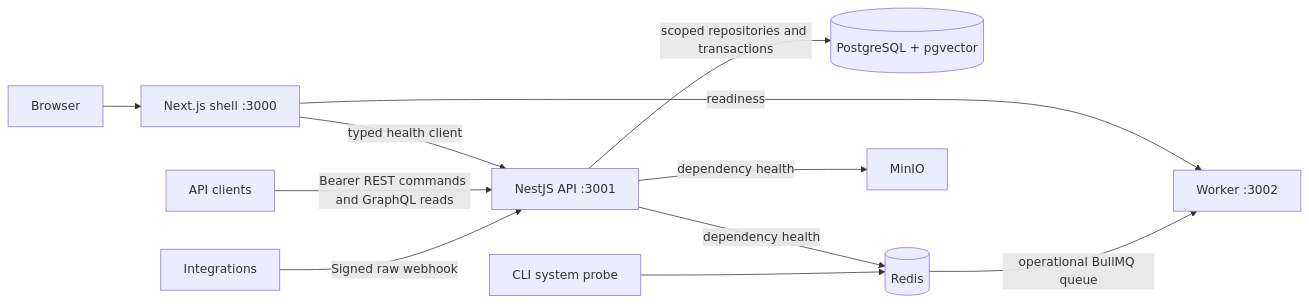
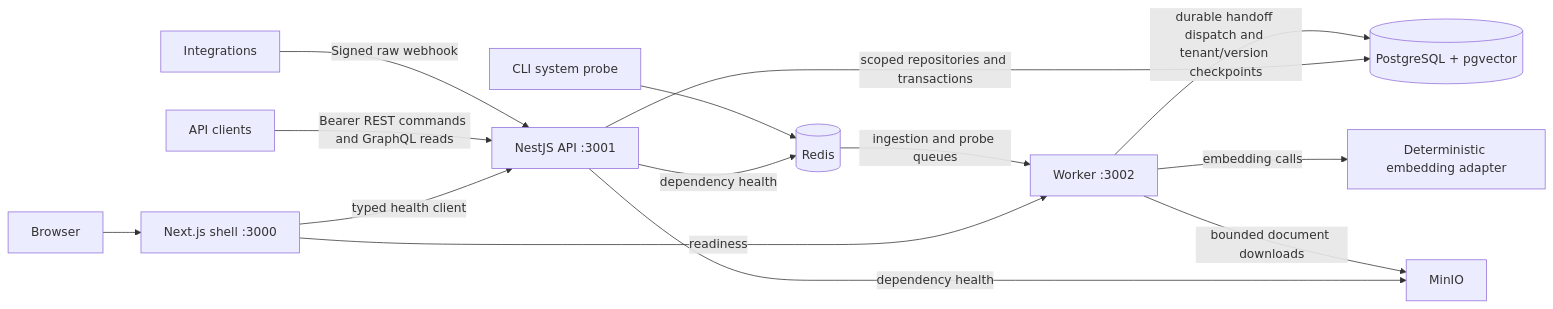
One commit to Toki001/resolvehub changed the diagram in docs/architecture/README.md. Above: the diagram before and after it, drawn with Mermaid. The commit also changed other lines of this file and 46 other files, not shown here.

Commit message:
milestone(4): implement durable document ingestion

````diff
--- a/docs/architecture/README.md
+++ b/docs/architecture/README.md
@@ -5,13 +5,16 @@
 ```mermaid
 flowchart LR
   Browser --> Web[Next.js shell :3000]
   Web -->|typed health client| API[NestJS API :3001]
   Web -->|readiness| Worker[Worker :3002]
   Clients[API clients] -->|Bearer REST commands and GraphQL reads| API
   Integrations -->|Signed raw webhook| API
   API -->|scoped repositories and transactions| DB[(PostgreSQL + pgvector)]
   API -->|dependency health| Redis[(Redis)]
   API -->|dependency health| Storage[MinIO]
   Probe[CLI system probe] --> Redis
-  Redis -->|operational BullMQ queue| Worker
+  Worker -->|durable handoff dispatch and tenant/version checkpoints| DB
+  Worker -->|bounded document downloads| Storage
+  Worker -->|embedding calls| Embedding[Deterministic embedding adapter]
+  Redis -->|ingestion and probe queues| Worker
 ```
````
